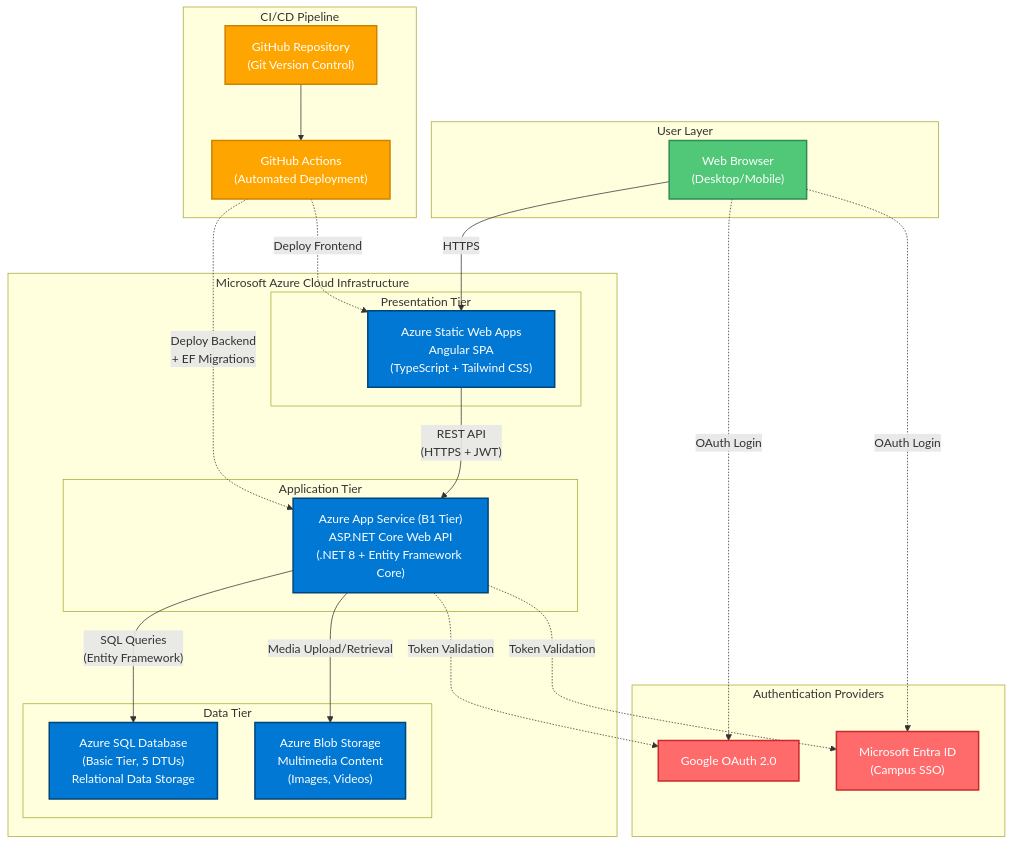
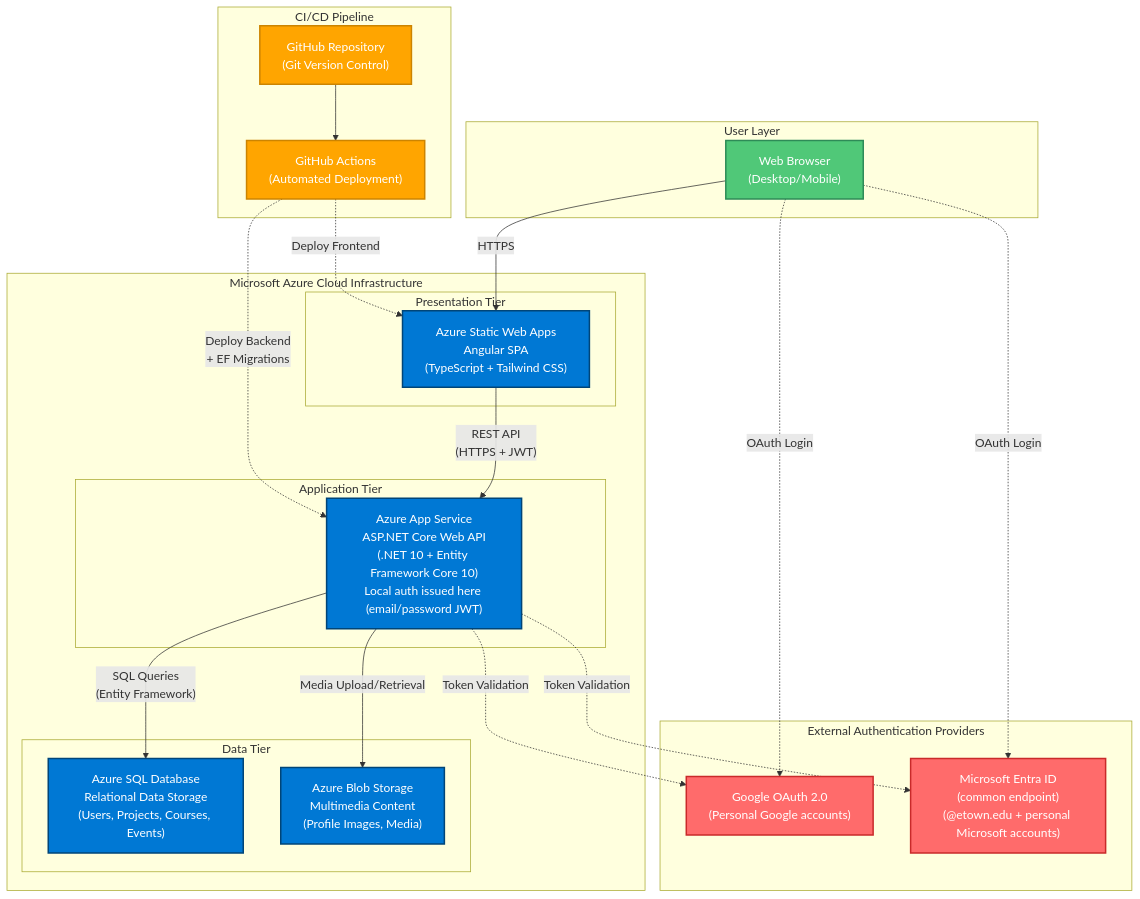
The diagram in Docs/systemarchitecture.md (Etown-CS/JayWiki), drawn with Mermaid before and after one commit. The commit also changed other lines of this file and 2 other files, not shown here.

First line of the commit message:
Docs: add local auth, update OAuth flows & stack

````diff
--- a/Docs/systemarchitecture.md
+++ b/Docs/systemarchitecture.md
@@ -5,63 +5,63 @@
 ```mermaid
 flowchart TB
     subgraph User["User Layer"]
         Browser["Web Browser<br/>(Desktop/Mobile)"]
     end
     
     subgraph GitHub["CI/CD Pipeline"]
         GH["GitHub Repository<br/>(Git Version Control)"]
         Actions["GitHub Actions<br/>(Automated Deployment)"]
     end
     
     subgraph Azure["Microsoft Azure Cloud Infrastructure"]
         subgraph Presentation["Presentation Tier"]
             SWA["Azure Static Web Apps<br/>Angular SPA<br/>(TypeScript + Tailwind CSS)"]
         end
         
         subgraph Application["Application Tier"]
-            AppService["Azure App Service (B1 Tier)<br/>ASP.NET Core Web API<br/>(.NET 8 + Entity Framework Core)"]
+            AppService["Azure App Service<br/>ASP.NET Core Web API<br/>(.NET 10 + Entity Framework Core 10)<br/>Local auth issued here (email/password JWT)"]
         end
         
         subgraph Data["Data Tier"]
-            SQL["Azure SQL Database<br/>(Basic Tier, 5 DTUs)<br/>Relational Data Storage"]
-            Blob["Azure Blob Storage<br/>Multimedia Content<br/>(Images, Videos)"]
+            SQL["Azure SQL Database<br/>Relational Data Storage<br/>(Users, Projects, Courses, Events)"]
+            Blob["Azure Blob Storage<br/>Multimedia Content<br/>(Profile Images, Media)"]
         end
     end
     
-    subgraph Auth["Authentication Providers"]
-        Google["Google OAuth 2.0"]
-        Microsoft["Microsoft Entra ID<br/>(Campus SSO)"]
+    subgraph Auth["External Authentication Providers"]
+        Google["Google OAuth 2.0<br/>(Personal Google accounts)"]
+        Microsoft["Microsoft Entra ID<br/>(common endpoint)<br/>(@etown.edu + personal Microsoft accounts)"]
     end
     
     %% User interactions
     Browser -->|"HTTPS"| SWA
     Browser -.->|"OAuth Login"| Google
     Browser -.->|"OAuth Login"| Microsoft
     
     %% Frontend to Backend
     SWA -->|"REST API<br/>(HTTPS + JWT)"| AppService
     
     %% Backend to Data
     AppService -->|"SQL Queries<br/>(Entity Framework)"| SQL
     AppService -->|"Media Upload/Retrieval"| Blob
     
     %% Authentication validation
     AppService -.->|"Token Validation"| Google
     AppService -.->|"Token Validation"| Microsoft
     
     %% CI/CD Flow
     GH --> Actions
     Actions -.->|"Deploy Frontend"| SWA
     Actions -.->|"Deploy Backend<br/>+ EF Migrations"| AppService
     
     %% Styling
     classDef azureService fill:#0078D4,stroke:#004578,stroke-width:2px,color:#fff
     classDef userLayer fill:#50C878,stroke:#2E8B57,stroke-width:2px,color:#fff
     classDef authLayer fill:#FF6B6B,stroke:#C92A2A,stroke-width:2px,color:#fff
     classDef cicdLayer fill:#FFA500,stroke:#CC8400,stroke-width:2px,color:#fff
     
     class SWA,AppService,SQL,Blob azureService
     class Browser userLayer
     class Google,Microsoft authLayer
     class GH,Actions cicdLayer
 ```
````
